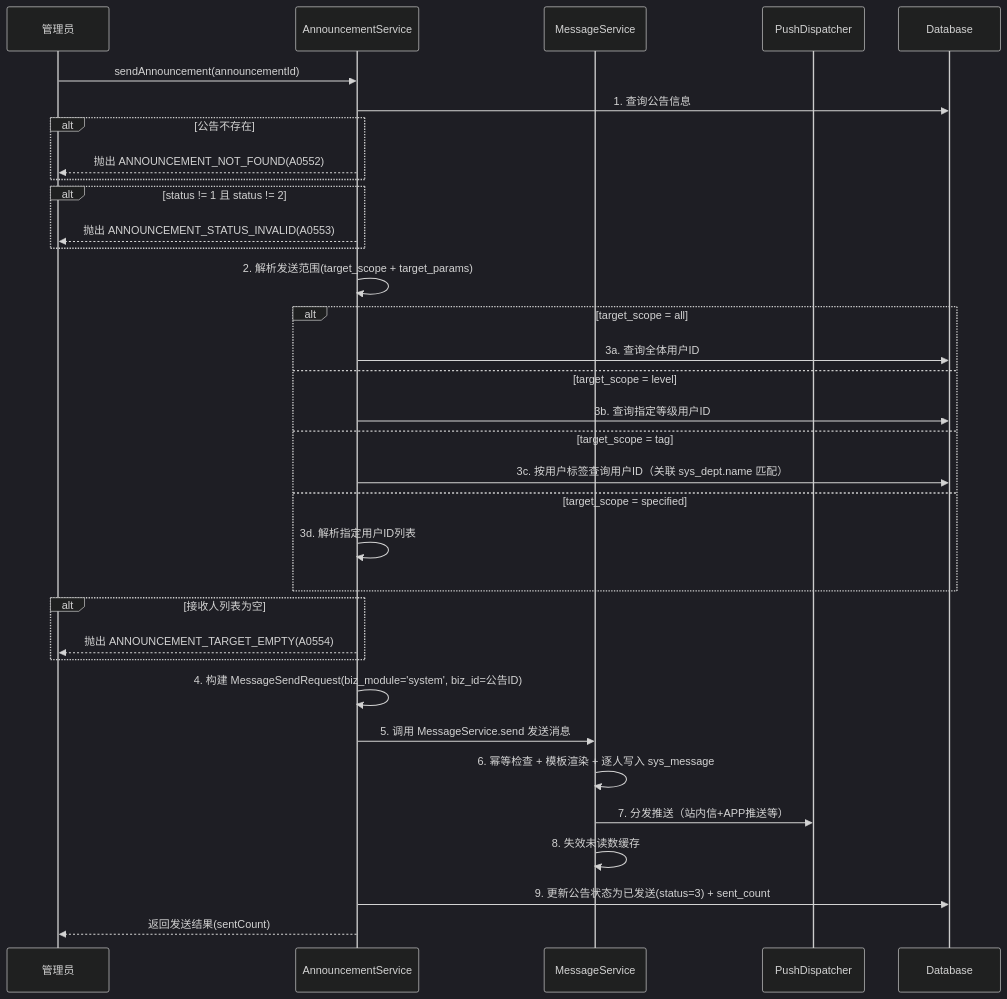
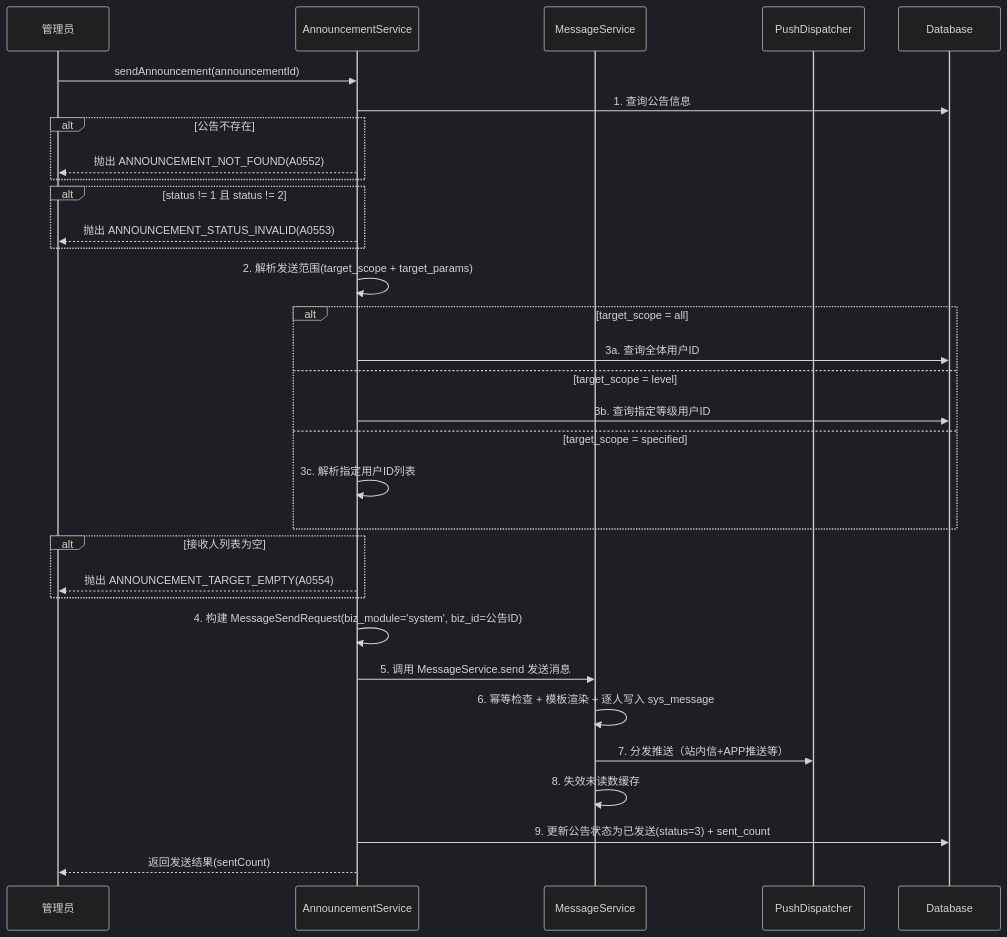
Before and after one commit to earthy-zinc/dehaze-system: the third of 3 diagrams in dehaze-doc/docs/03-模块设计/基础模块/消息通知/后端实现.md, drawn with Mermaid (dark theme). The commit also changed other lines of this file and 94 other files, not shown here.

````diff
--- a/dehaze-doc/docs/03-模块设计/基础模块/消息通知/后端实现.md
+++ b/dehaze-doc/docs/03-模块设计/基础模块/消息通知/后端实现.md
@@ -274,37 +276,35 @@
 ```mermaid
 sequenceDiagram
     participant Admin as 管理员
     participant AS as AnnouncementService
     participant MS as MessageService
     participant Dispatcher as PushDispatcher
     participant DB as Database
 
     Admin->>AS: sendAnnouncement(announcementId)
     AS->>DB: 1. 查询公告信息
     alt 公告不存在
         AS-->>Admin: 抛出 ANNOUNCEMENT_NOT_FOUND(A0552)
     end
     alt status != 1 且 status != 2
         AS-->>Admin: 抛出 ANNOUNCEMENT_STATUS_INVALID(A0553)
     end
     AS->>AS: 2. 解析发送范围(target_scope + target_params)
     alt target_scope = all
         AS->>DB: 3a. 查询全体用户ID
     else target_scope = level
         AS->>DB: 3b. 查询指定等级用户ID
-    else target_scope = tag
-        AS->>DB: 3c. 按用户标签查询用户ID（关联 sys_dept.name 匹配）
     else target_scope = specified
-        AS->>AS: 3d. 解析指定用户ID列表
+        AS->>AS: 3c. 解析指定用户ID列表
     end
     alt 接收人列表为空
         AS-->>Admin: 抛出 ANNOUNCEMENT_TARGET_EMPTY(A0554)
     end
     AS->>AS: 4. 构建 MessageSendRequest(biz_module='system', biz_id=公告ID)
     AS->>MS: 5. 调用 MessageService.send 发送消息
     MS->>MS: 6. 幂等检查 + 模板渲染 + 逐人写入 sys_message
     MS->>Dispatcher: 7. 分发推送（站内信+APP推送等）
     MS->>MS: 8. 失效未读数缓存
     AS->>DB: 9. 更新公告状态为已发送(status=3) + sent_count
     AS-->>Admin: 返回发送结果(sentCount)
 ```
````
